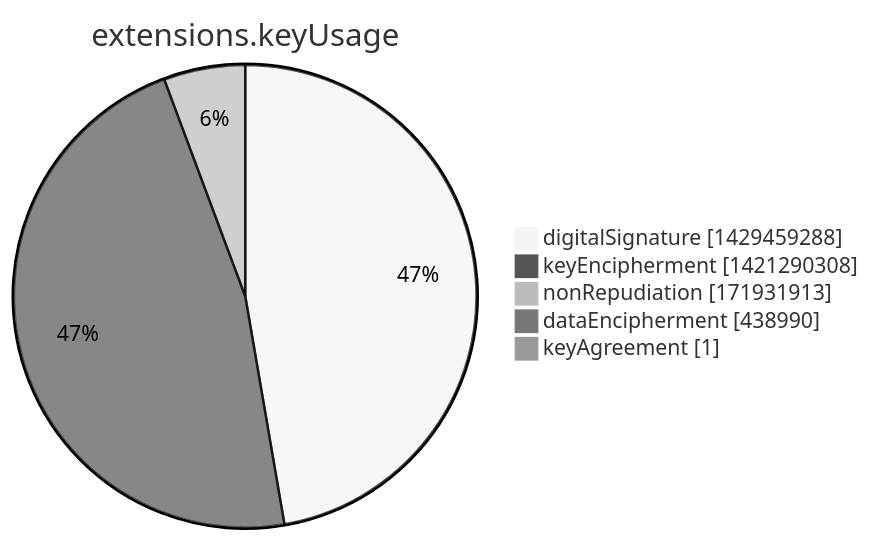
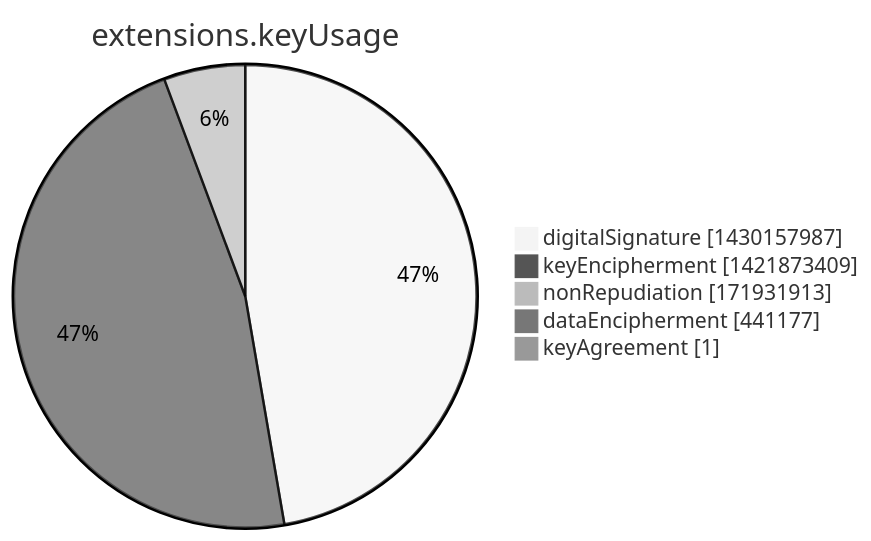
Before and after one commit to christiankrug/ctmonitor_visualization: the seventh of 15 diagrams in argon2022/README.md, drawn with Mermaid (neutral theme). The commit also changed other lines of this file, not shown here.

````diff
--- a/argon2022/README.md
+++ b/argon2022/README.md
@@ -2751,9 +2751,9 @@
 ```mermaid
 pie showData
 title extensions.keyUsage
-"digitalSignature" :1429459288
-"keyEncipherment" :1421290308
+"digitalSignature" :1430157987
+"keyEncipherment" :1421873409
 "nonRepudiation" :171931913
-"dataEncipherment" :438990
+"dataEncipherment" :441177
 "keyAgreement" :1
 ```
````
